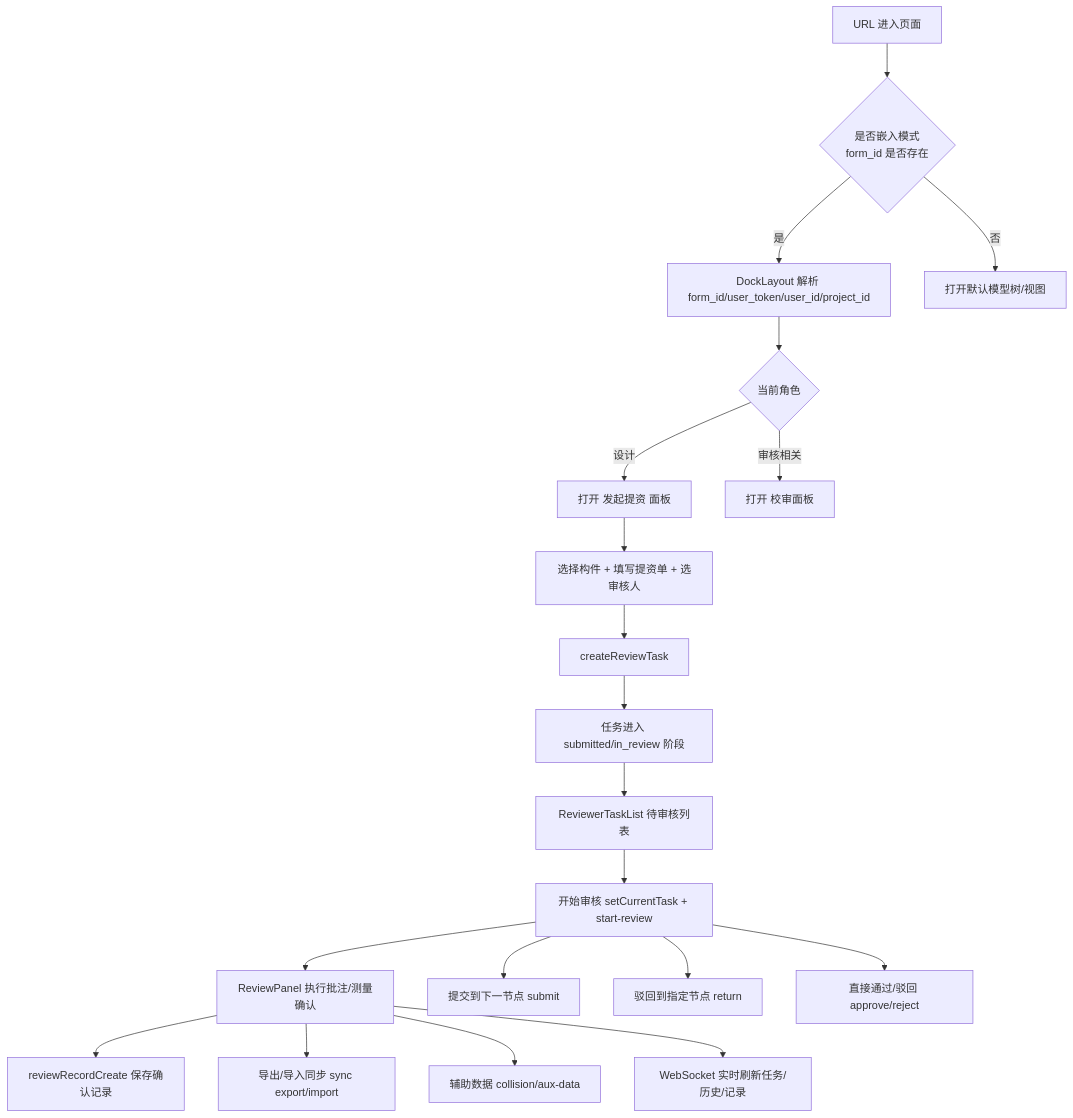
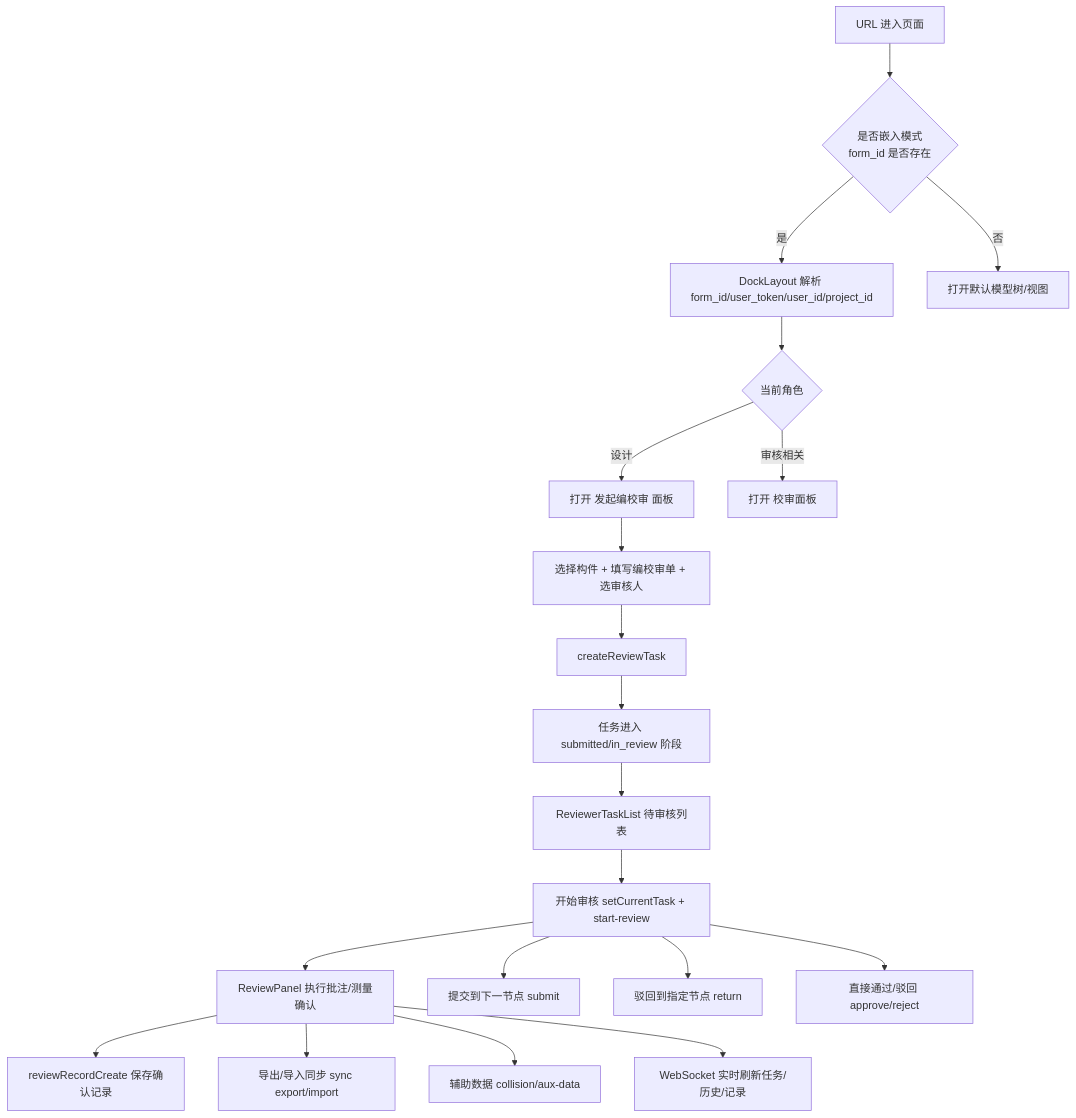
The diagram in 开发文档/三维校审/三维校审流程与代码审查报告.md (happyrust/plant3d-web), drawn with Mermaid before and after one commit. The commit also changed other lines of this file and 106 other files, not shown here.

````diff
--- a/开发文档/三维校审/三维校审流程与代码审查报告.md
+++ b/开发文档/三维校审/三维校审流程与代码审查报告.md
@@ -8,26 +8,26 @@
 ```mermaid
 flowchart TD
   A[URL 进入页面] --> B{是否嵌入模式\nform_id 是否存在}
   B -- 是 --> C[DockLayout 解析 form_id/user_token/user_id/project_id]
   C --> D{当前角色}
-  D -- 设计 --> E[打开 发起提资 面板]
+  D -- 设计 --> E[打开 发起编校审 面板]
   D -- 审核相关 --> F[打开 校审面板]
   B -- 否 --> G[打开默认模型树/视图]
 
-  E --> H[选择构件 + 填写提资单 + 选审核人]
+  E --> H[选择构件 + 填写编校审单 + 选审核人]
   H --> I[createReviewTask]
   I --> J[任务进入 submitted/in_review 阶段]
 
   J --> K[ReviewerTaskList 待审核列表]
   K --> L[开始审核 setCurrentTask + start-review]
   L --> M[ReviewPanel 执行批注/测量确认]
   M --> N[reviewRecordCreate 保存确认记录]
 
   L --> O[提交到下一节点 submit]
   L --> P[驳回到指定节点 return]
   L --> Q[直接通过/驳回 approve/reject]
 
   M --> R[导出/导入同步 sync export/import]
   M --> S[辅助数据 collision/aux-data]
   M --> T[WebSocket 实时刷新任务/历史/记录]
 ```
````
